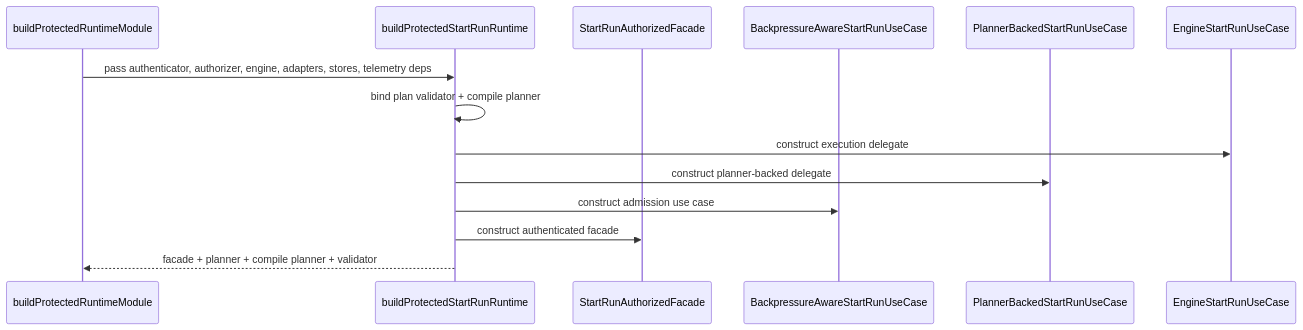
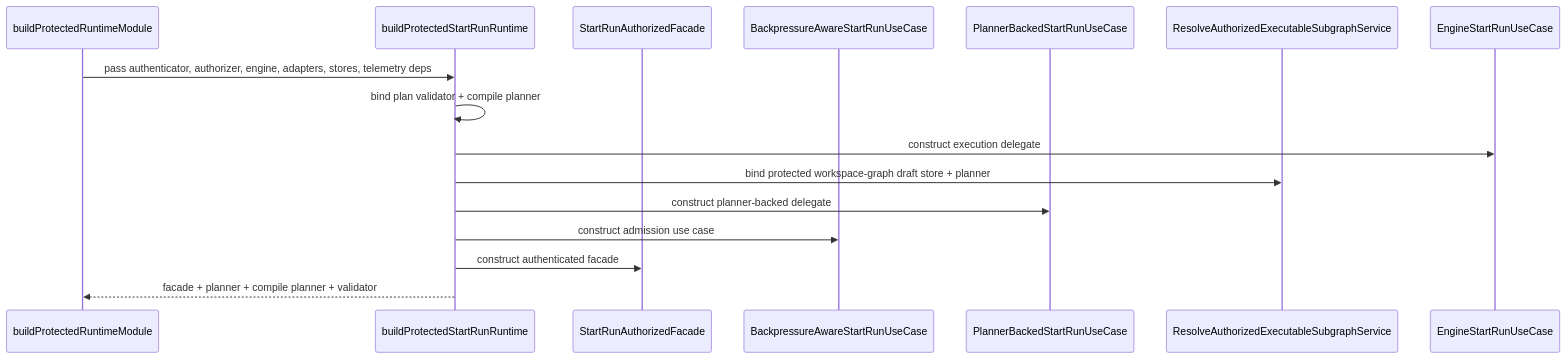
One commit to dunay2/dvt changed the second of 2 diagrams in apps/api/docs/start-run-runtime-composition-component.md. Above: the diagram before and after it, drawn with Mermaid. The commit also changed other lines of this file and 62 other files, not shown here.

````diff
--- a/apps/api/docs/start-run-runtime-composition-component.md
+++ b/apps/api/docs/start-run-runtime-composition-component.md
@@ -80,17 +83,19 @@
 ```mermaid
 sequenceDiagram
   participant Root as buildProtectedRuntimeModule
   participant StartRun as buildProtectedStartRunRuntime
   participant Facade as StartRunAuthorizedFacade
   participant Admission as BackpressureAwareStartRunUseCase
   participant Planner as PlannerBackedStartRunUseCase
+  participant Resolver as ResolveAuthorizedExecutableSubgraphService
   participant Engine as EngineStartRunUseCase
 
   Root->>StartRun: pass authenticator, authorizer, engine, adapters, stores, telemetry deps
   StartRun->>StartRun: bind plan validator + compile planner
   StartRun->>Engine: construct execution delegate
+  StartRun->>Resolver: bind protected workspace-graph draft store + planner
   StartRun->>Planner: construct planner-backed delegate
   StartRun->>Admission: construct admission use case
   StartRun->>Facade: construct authenticated facade
   StartRun-->>Root: facade + planner + compile planner + validator
 ```
````
